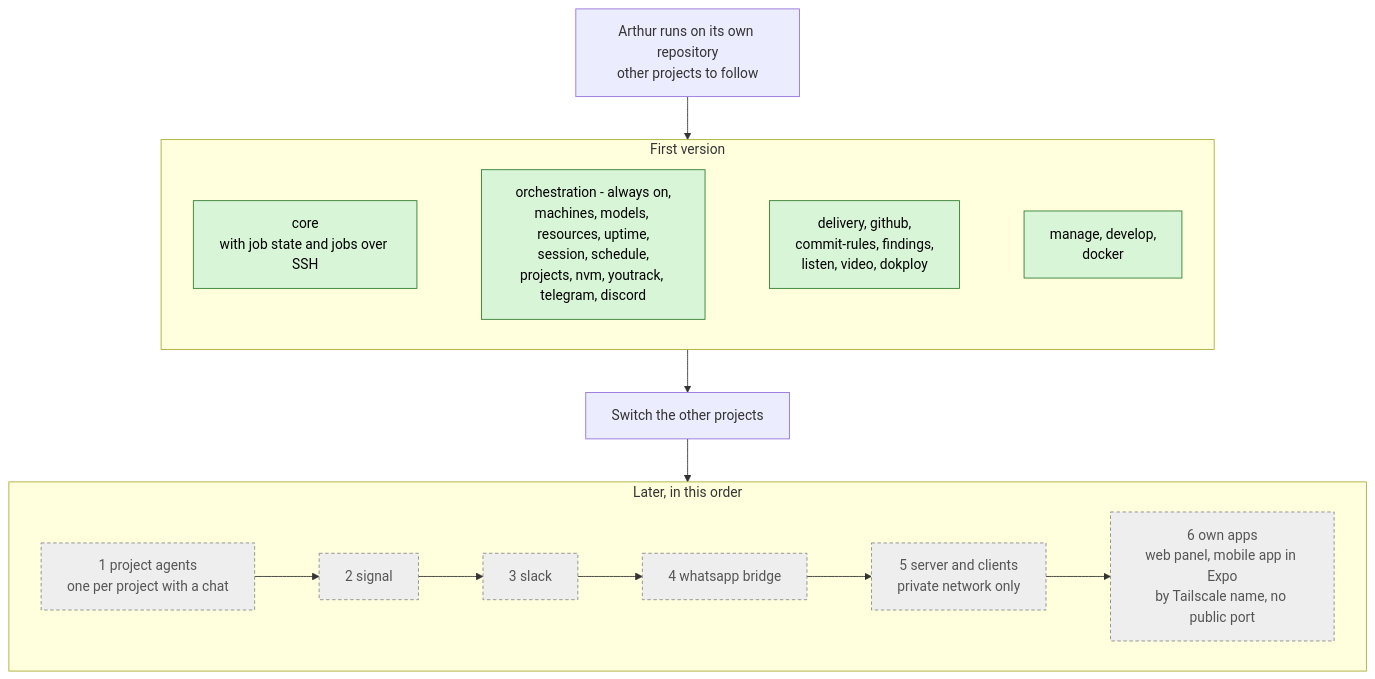
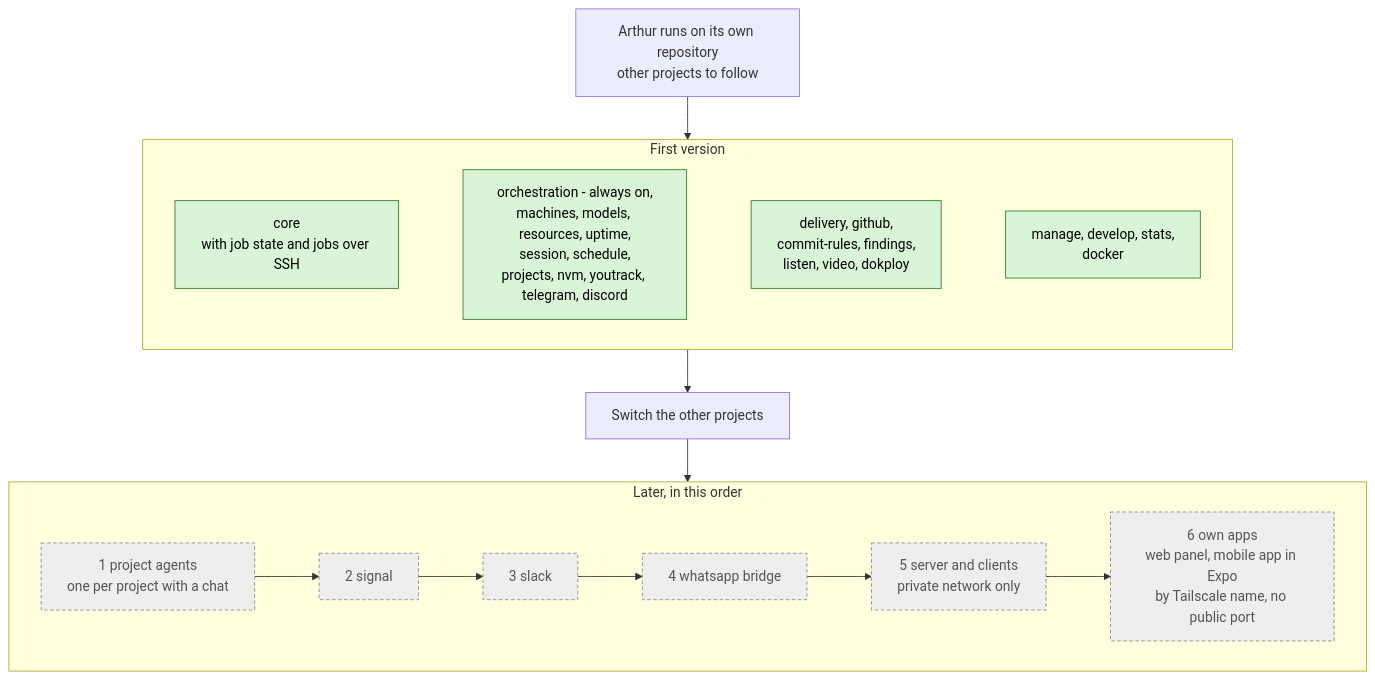
One commit to kacperadler/arthur changed the diagram in docs/architecture/versions.mmd. Above: the diagram before and after it, drawn with Mermaid. The commit also changed 16 other files, not shown here.

```diff
--- a/docs/architecture/versions.mmd
+++ b/docs/architecture/versions.mmd
@@ -1,30 +1,30 @@
 %% From the switch (Arthur runs on its own repository since 2026-10-25) to the rest of Arthur's first version and after it. Green = first version, grey dashed = later.
 flowchart TD
   today[Arthur runs on its own repository<br/>other projects to follow]
 
   subgraph V1[First version]
     core[core<br/>with job state and jobs over SSH]
     p1[orchestration - always on,<br/>machines, models, resources, uptime,<br/>session, schedule,<br/>projects, nvm, youtrack, telegram, discord]
     p2[delivery, github,<br/>commit-rules, findings,<br/>listen, video, dokploy]
-    p3[manage, develop,<br/>docker]
+    p3[manage, develop, stats,<br/>docker]
     core ~~~ p1 ~~~ p2 ~~~ p3
   end
 
   switch2[Switch the other projects]
 
   subgraph V2[Later, in this order]
     agents[1 project agents<br/>one per project with a chat]
     signal[2 signal]
     slack[3 slack]
     whatsapp[4 whatsapp bridge]
     server[5 server and clients<br/>private network only]
     apps[6 own apps<br/>web panel, mobile app in Expo<br/>by Tailscale name, no public port]
     agents --> signal --> slack --> whatsapp --> server --> apps
   end
 
   today --> V1 --> switch2 --> V2
 
   classDef first fill:#d8f5d8,stroke:#2d7a2d,color:#000;
   classDef later fill:#eee,stroke:#888,stroke-dasharray:4 3,color:#555;
   class core,p1,p2,p3 first;
   class agents,signal,slack,whatsapp,server,apps later;
```
